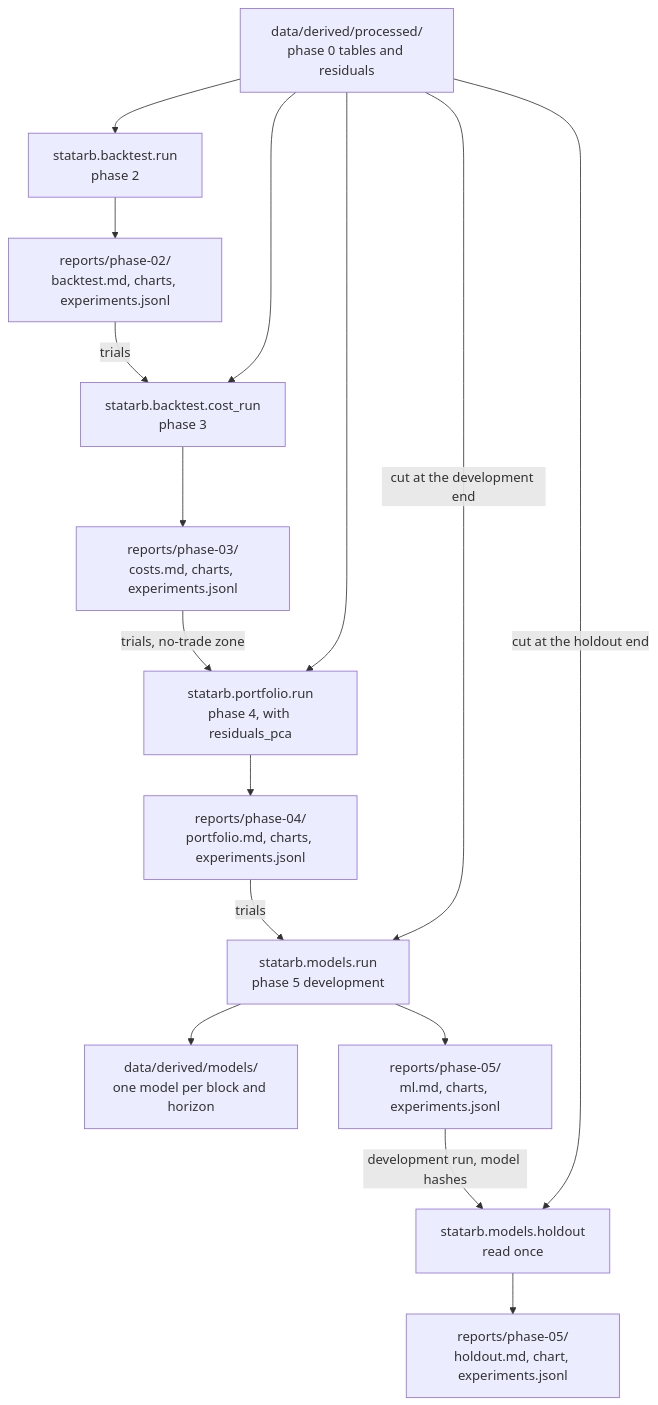
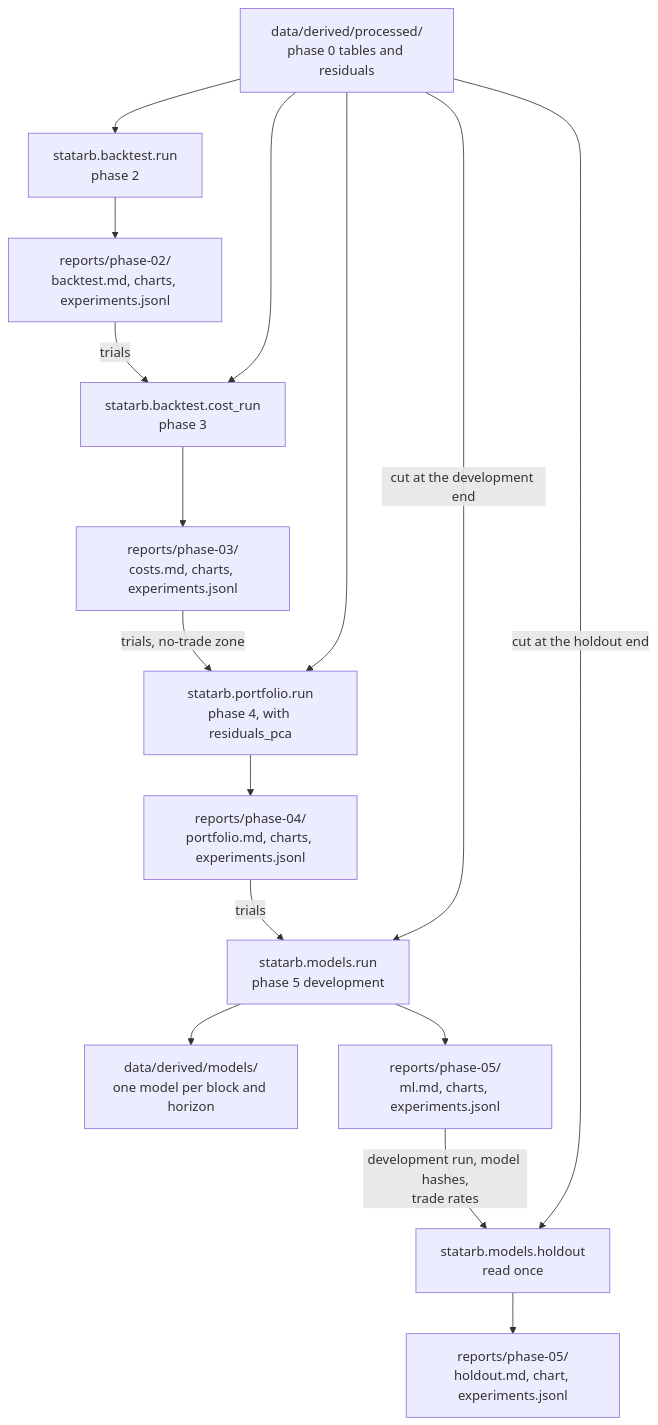
Before and after one commit to tcrossland/stat-arb-from-scratch: the second of 2 diagrams in docs/architecture.md, drawn with Mermaid. The commit also changed other lines of this file and 20 other files, not shown here.

````diff
--- a/docs/architecture.md
+++ b/docs/architecture.md
@@ -26,19 +26,19 @@
 ```mermaid
 flowchart TB
     T["data/derived/processed/<br/>phase 0 tables and residuals"]
     T --> BT["statarb.backtest.run<br/>phase 2"]
     BT --> BR["reports/phase-02/<br/>backtest.md, charts, experiments.jsonl"]
     T --> CR["statarb.backtest.cost_run<br/>phase 3"]
     BR -->|trials| CR
     CR --> CRR["reports/phase-03/<br/>costs.md, charts, experiments.jsonl"]
     T --> PR["statarb.portfolio.run<br/>phase 4, with residuals_pca"]
     CRR -->|trials, no-trade zone| PR
     PR --> PRR["reports/phase-04/<br/>portfolio.md, charts, experiments.jsonl"]
     T -->|cut at the development end| MR["statarb.models.run<br/>phase 5 development"]
     PRR -->|trials| MR
     MR --> MM["data/derived/models/<br/>one model per block and horizon"]
     MR --> MRR["reports/phase-05/<br/>ml.md, charts, experiments.jsonl"]
     T -->|cut at the holdout end| MH["statarb.models.holdout<br/>read once"]
-    MRR -->|development run, model hashes| MH
+    MRR -->|development run, model hashes,<br/>trade rates| MH
     MH --> MHR["reports/phase-05/<br/>holdout.md, chart, experiments.jsonl"]
 ```
````
